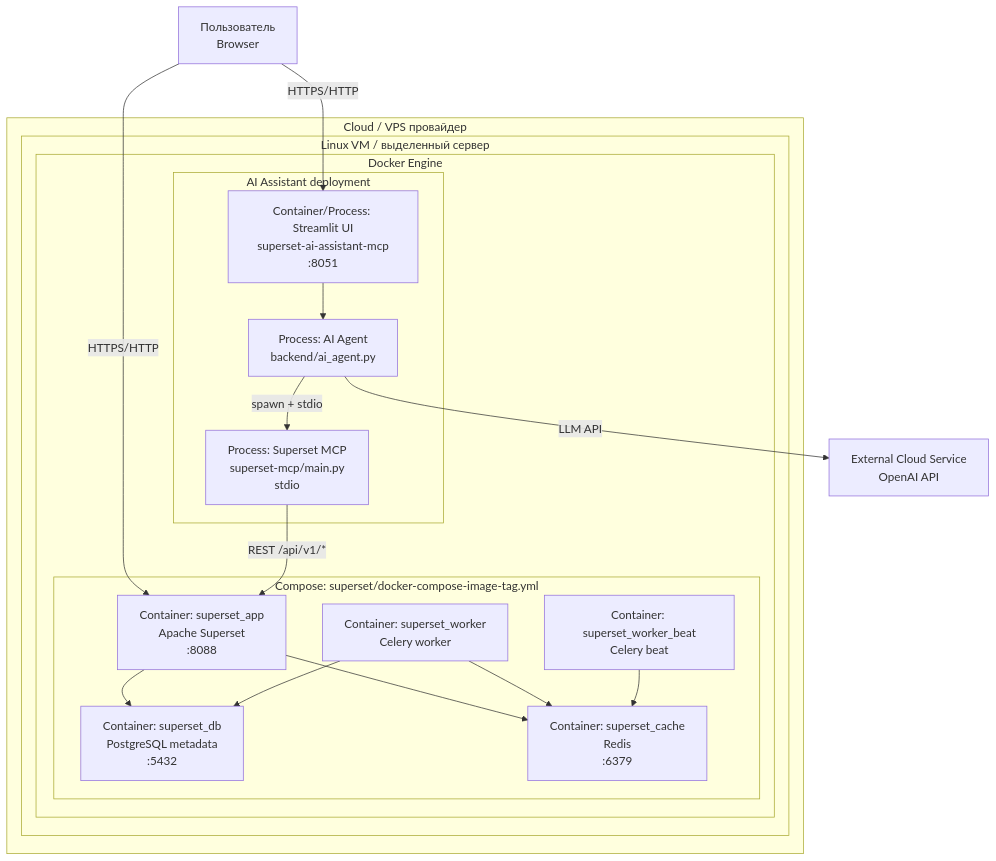
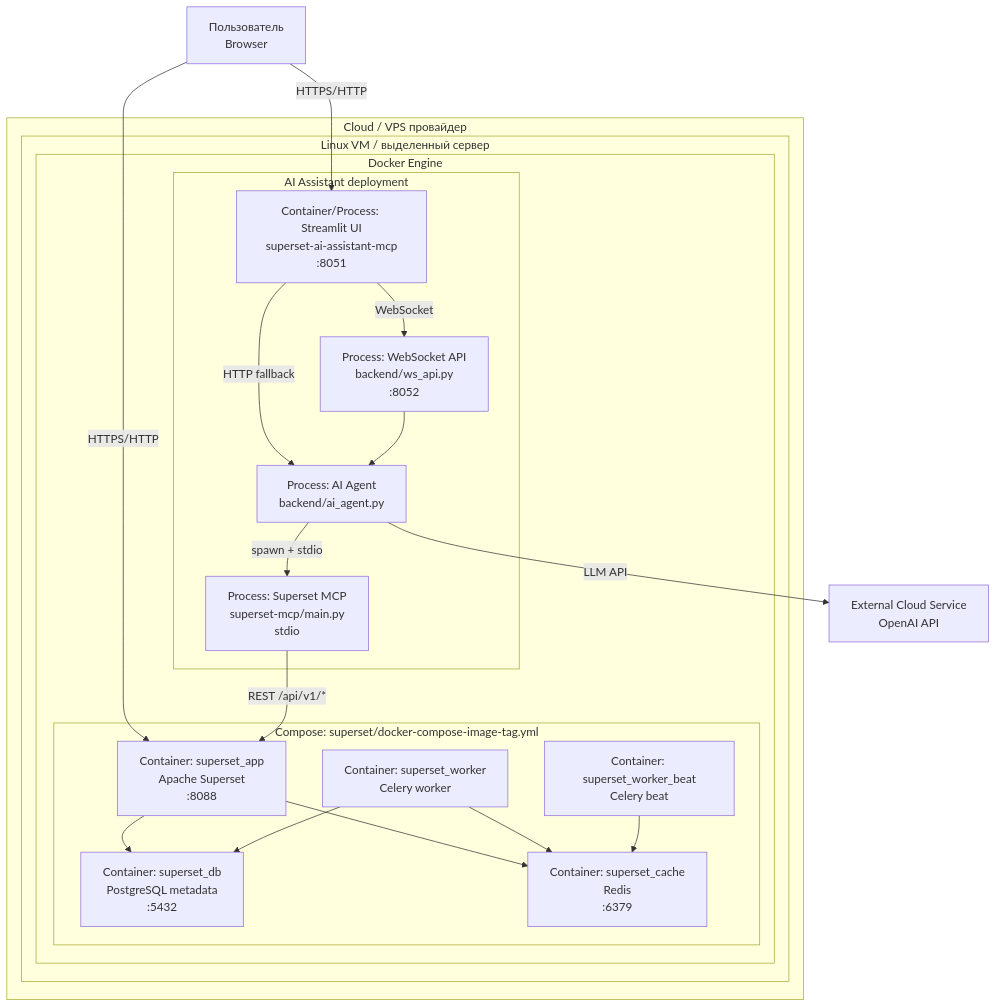
The diagram in docs/deployment.md (SHUBINDENIS/superset_ai), drawn with Mermaid before and after one commit. The commit also changed other lines of this file and 19 other files, not shown here.

````diff
--- a/docs/deployment.md
+++ b/docs/deployment.md
@@ -7,40 +7,43 @@
 ```mermaid
 flowchart TB
     user[Пользователь<br/>Browser]
 
     subgraph cloud[Cloud / VPS провайдер]
         subgraph vm[Linux VM / выделенный сервер]
             subgraph docker[Docker Engine]
                 subgraph supstack[Compose: superset/docker-compose-image-tag.yml]
                     superset_app[Container: superset_app<br/>Apache Superset<br/>:8088]
                     superset_db[Container: superset_db<br/>PostgreSQL metadata<br/>:5432]
                     superset_cache[Container: superset_cache<br/>Redis<br/>:6379]
                     superset_worker[Container: superset_worker<br/>Celery worker]
                     superset_beat[Container: superset_worker_beat<br/>Celery beat]
                 end
 
                 subgraph aistack[AI Assistant deployment]
                     streamlit[Container/Process: Streamlit UI<br/>superset-ai-assistant-mcp<br/>:8051]
+                    wsapi[Process: WebSocket API<br/>backend/ws_api.py<br/>:8052]
                     agent[Process: AI Agent<br/>backend/ai_agent.py]
                     mcp[Process: Superset MCP<br/>superset-mcp/main.py<br/>stdio]
                 end
             end
         end
     end
 
     openai[External Cloud Service<br/>OpenAI API]
 
     user -->|HTTPS/HTTP| streamlit
     user -->|HTTPS/HTTP| superset_app
 
-    streamlit --> agent
+    streamlit -->|WebSocket| wsapi
+    streamlit -->|HTTP fallback| agent
+    wsapi --> agent
     agent -->|LLM API| openai
     agent -->|spawn + stdio| mcp
     mcp -->|REST /api/v1/*| superset_app
 
     superset_app --> superset_db
     superset_app --> superset_cache
     superset_worker --> superset_db
     superset_worker --> superset_cache
     superset_beat --> superset_cache
 ```
````
